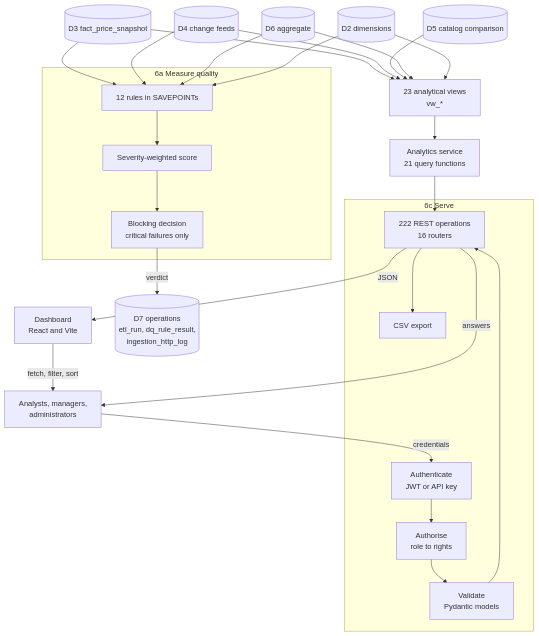
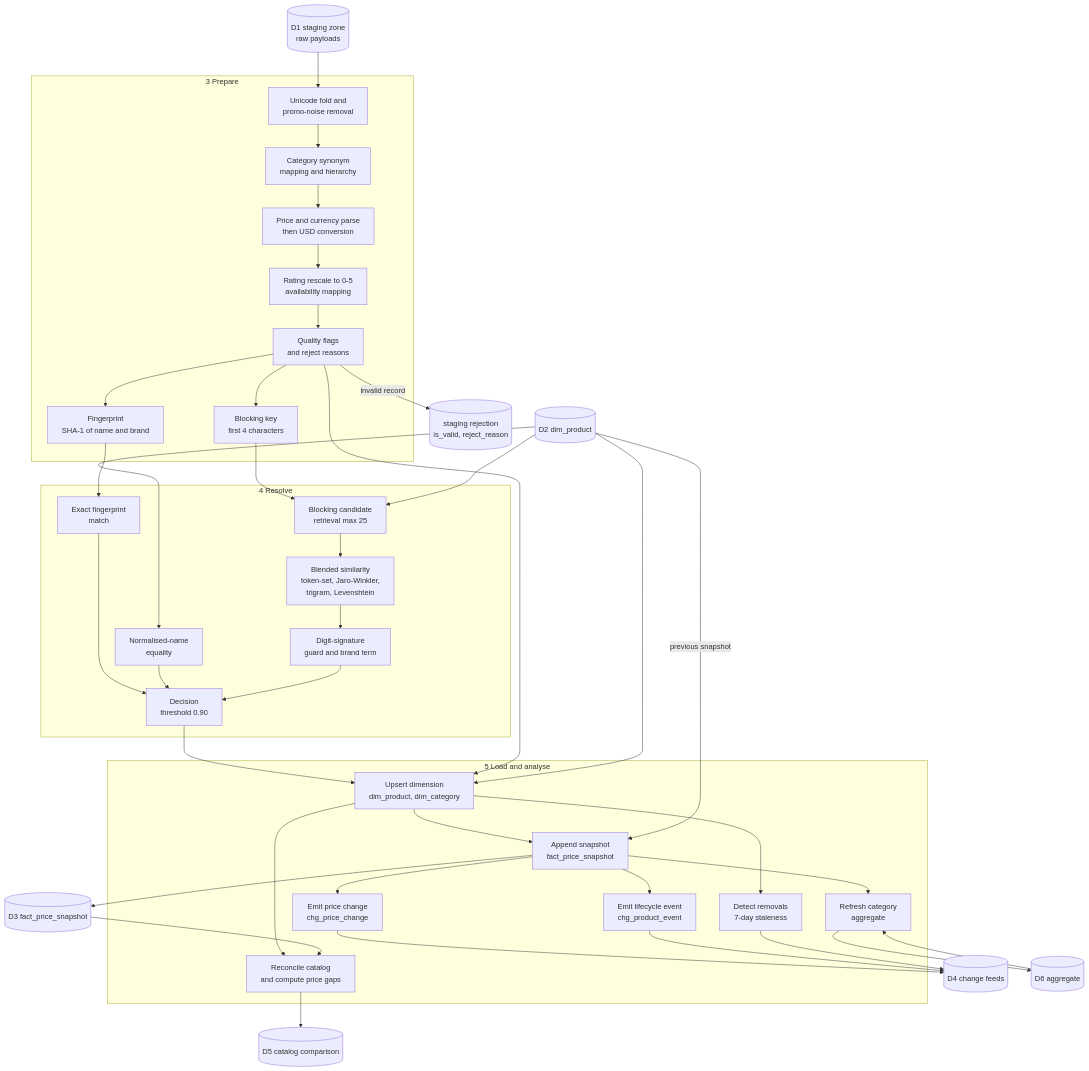
One commit to Ahmedbakr78/Web-to-Warehouse-Product-Intelligence-Pipeline changed the diagram in docs/diagrams/out/docs-10_data_flow_diagrams_39.mmd. Above: the diagram before and after it, drawn with Mermaid. The commit also changed 122 other files, not shown here.

```diff
--- a/docs/diagrams/out/docs-10_data_flow_diagrams_39.mmd
+++ b/docs/diagrams/out/docs-10_data_flow_diagrams_39.mmd
@@ -1,50 +1,69 @@
 
 flowchart TB
+    RAW[("D1 staging zone<br/>raw payloads")]
+
+    subgraph P3["3 Prepare"]
+        C1["Unicode fold and<br/>promo-noise removal"]
+        C2["Category synonym<br/>mapping and hierarchy"]
+        C3["Price and currency parse<br/>then USD conversion"]
+        C4["Rating rescale to 0-5<br/>availability mapping"]
+        C5["Quality flags<br/>and reject reasons"]
+        F1["Fingerprint<br/>SHA-1 of name and brand"]
+        K1["Blocking key<br/>first 4 characters"]
+    end
+
+    subgraph P4["4 Resolve"]
+        B1["Exact fingerprint<br/>match"]
+        B2["Normalised-name<br/>equality"]
+        B3["Blocking candidate<br/>retrieval max 25"]
+        B4["Blended similarity<br/>token-set, Jaro-Winkler,<br/>trigram, Levenshtein"]
+        B5["Digit-signature<br/>guard and brand term"]
+        B6["Decision<br/>threshold 0.90"]
+    end
+
+    subgraph P5["5 Load and analyse"]
+        L1["Upsert dimension<br/>dim_product, dim_category"]
+        L2["Append snapshot<br/>fact_price_snapshot"]
+        L3["Emit price change<br/>chg_price_change"]
+        L4["Emit lifecycle event<br/>chg_product_event"]
+        L5["Detect removals<br/>7-day staleness"]
+        L6["Refresh category<br/>aggregate"]
+        L7["Reconcile catalog<br/>and compute price gaps"]
+    end
+
+    DP[("D2 dim_product")]
     DS[("D3 fact_price_snapshot")]
     DC[("D4 change feeds")]
+    DA[("D6 aggregate")]
     DK[("D5 catalog comparison")]
-    DA[("D6 aggregate")]
-    DP[("D2 dimensions")]
-    DR[("D7 operations<br/>etl_run, dq_rule_result,<br/>ingestion_http_log")]
+    ERR[("staging rejection<br/>is_valid, reject_reason")]
 
-    subgraph P6A["6a Measure quality"]
-        Q1["12 rules in SAVEPOINTs"]
-        Q2["Severity-weighted score"]
-        Q3["Blocking decision<br/>critical failures only"]
-    end
-
-    V["23 analytical views<br/>vw_*"]
-    AN["Analytics service<br/>21 query functions"]
-
-    subgraph P6B["6c Serve"]
-        AU["Authenticate<br/>JWT or API key"]
-        RB["Authorise<br/>role to rights"]
-        VAL["Validate<br/>Pydantic models"]
-        EP["222 REST operations<br/>16 routers"]
-        CSV["CSV export"]
-    end
-
-    UI["Dashboard<br/>React and Vite"]
-    USR["Analysts, managers,<br/>administrators"]
-
-    DS --> Q1
-    DC --> Q1
-    DA --> Q1
-    DP --> Q1
-    Q1 --> Q2 --> Q3
-    Q3 -->|"verdict"| DR
-
-    DS --> V
-    DC --> V
-    DK --> V
-    DA --> V
-    DP --> V
-    V --> AN
-    AN --> EP
-    EP --> CSV
-
-    USR -->|"credentials"| AU
-    AU --> RB --> VAL --> EP
-    EP -->|"JSON"| UI
-    UI -->|"fetch, filter, sort"| USR
-    EP -->|"answers"| USR
+    RAW --> C1 --> C2 --> C3 --> C4 --> C5
+    C5 --> F1
+    C5 --> K1
+    F1 --> B1
+    K1 --> B3
+    B1 --> B6
+    B2 --> B6
+    B3 --> B4 --> B5 --> B6
+    DP --> B2
+    DP --> B3
+    B6 --> L1
+    C5 --> L1
+    DP --> L1
+    L1 --> L2
+    DP -->|"previous snapshot"| L2
+    L2 --> DS
+    L2 --> L3
+    L2 --> L4
+    L3 --> DC
+    L4 --> DC
+    L1 --> L5
+    L5 --> DC
+    L2 --> L6
+    DA --> L6
+    L6 --> DA
+    L1 --> L7
+    DS --> L7
+    L7 --> DK
+    C5 -->|"invalid record"| ERR
```
